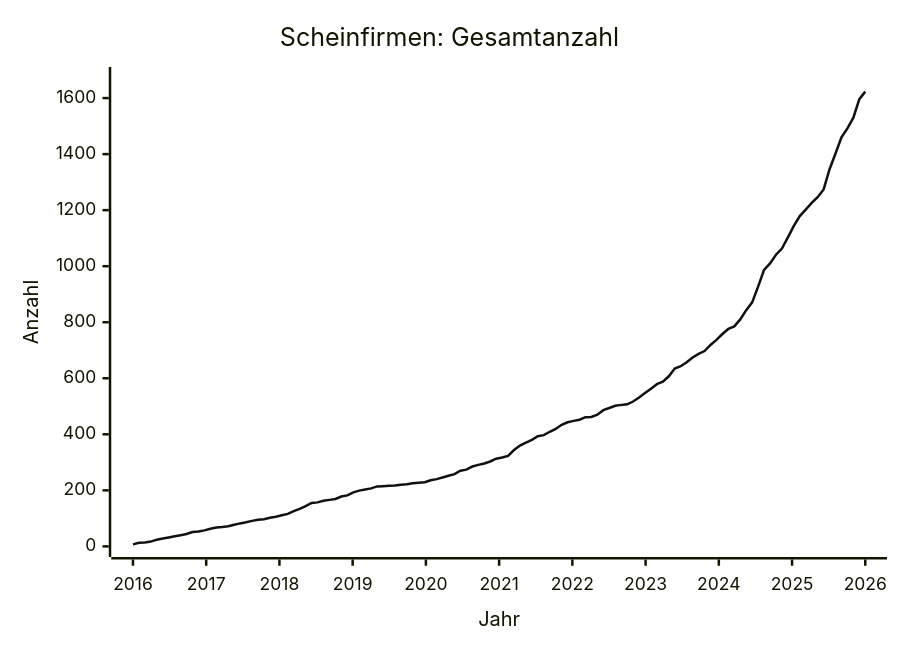
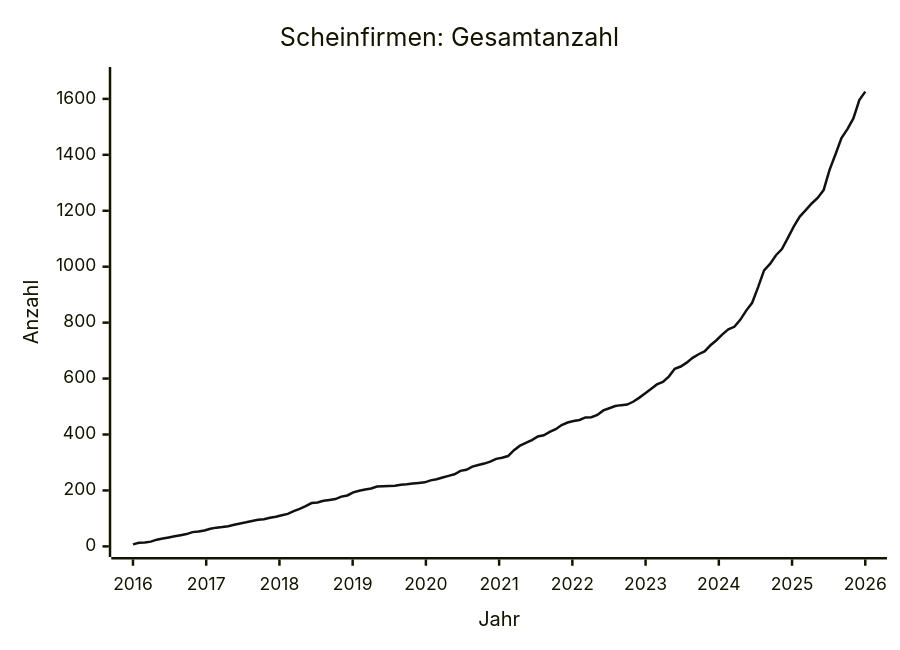
Before and after one commit to arjoma/scheinfirmen-at: the diagram in data/STATS.md, drawn with Mermaid. The commit also changed other lines of this file and 3 other files, not shown here.

````diff
--- a/data/STATS.md
+++ b/data/STATS.md
@@ -9,13 +9,13 @@
 ```mermaid
 ---
 config:
   themeVariables:
     xyChart:
       plotColorPalette: "#111111"
 ---
 xychart-beta
     title "Scheinfirmen: Gesamtanzahl"
     x-axis "Jahr" 2016 --> 2026
-    y-axis "Anzahl" 0 --> 1673
-    line [7, 13, 14, 17, 24, 28, 32, 36, 40, 44, 51, 53, 57, 63, 67, 69, 72, 77, 82, 86, 91, 95, 97, 102, 106, 111, 116, 126, 134, 144, 155, 157, 163, 166, 169, 178, 182, 193, 199, 203, 207, 214, 215, 216, 217, 220, 222, 225, 227, 229, 236, 240, 246, 252, 258, 270, 274, 285, 291, 296, 303, 313, 317, 323, 344, 360, 370, 380, 393, 397, 409, 419, 434, 443, 448, 452, 461, 462, 470, 486, 494, 502, 505, 507, 517, 531, 547, 563, 579, 588, 607, 635, 643, 657, 674, 687, 697, 719, 737, 758, 776, 785, 810, 843, 871, 927, 987, 1010, 1041, 1063, 1103, 1144, 1179, 1202, 1226, 1246, 1274, 1346, 1402, 1460, 1492, 1530, 1596, 1623]
+    y-axis "Anzahl" 0 --> 1676
+    line [7, 13, 14, 17, 24, 28, 32, 36, 40, 44, 51, 53, 57, 63, 67, 69, 72, 77, 82, 86, 91, 95, 97, 102, 106, 111, 116, 126, 134, 144, 155, 157, 163, 166, 169, 178, 182, 193, 199, 203, 207, 214, 215, 216, 217, 220, 222, 225, 227, 229, 236, 240, 246, 252, 258, 270, 274, 285, 291, 296, 303, 313, 317, 323, 344, 360, 370, 380, 393, 397, 409, 419, 434, 443, 448, 452, 461, 462, 470, 486, 494, 502, 505, 507, 517, 531, 547, 563, 579, 588, 607, 635, 643, 657, 674, 687, 697, 719, 737, 758, 776, 785, 810, 843, 871, 927, 987, 1010, 1041, 1063, 1103, 1144, 1179, 1202, 1226, 1246, 1274, 1346, 1402, 1460, 1492, 1530, 1596, 1626]
 ```
````
